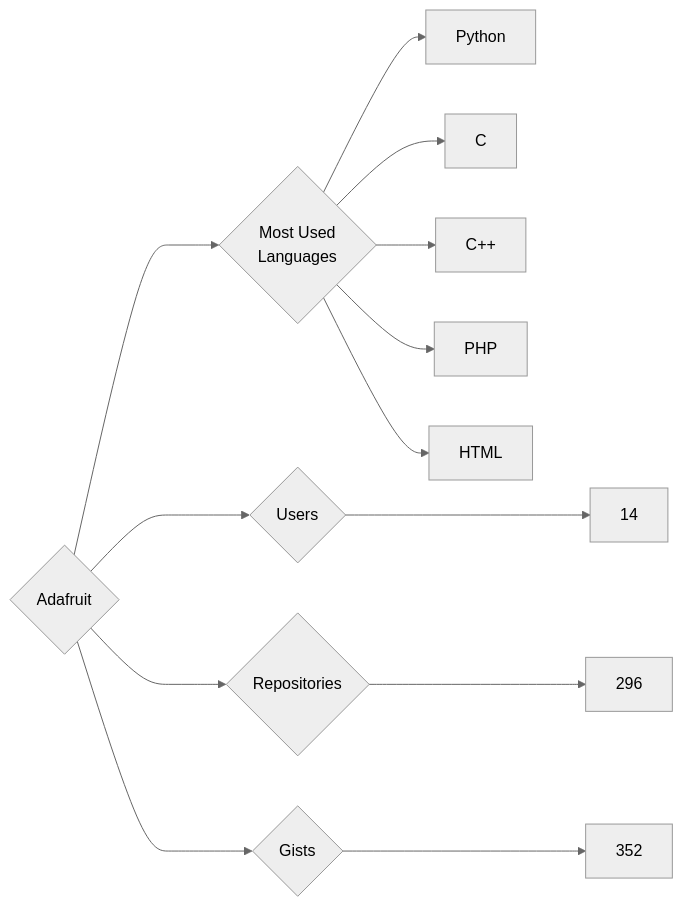
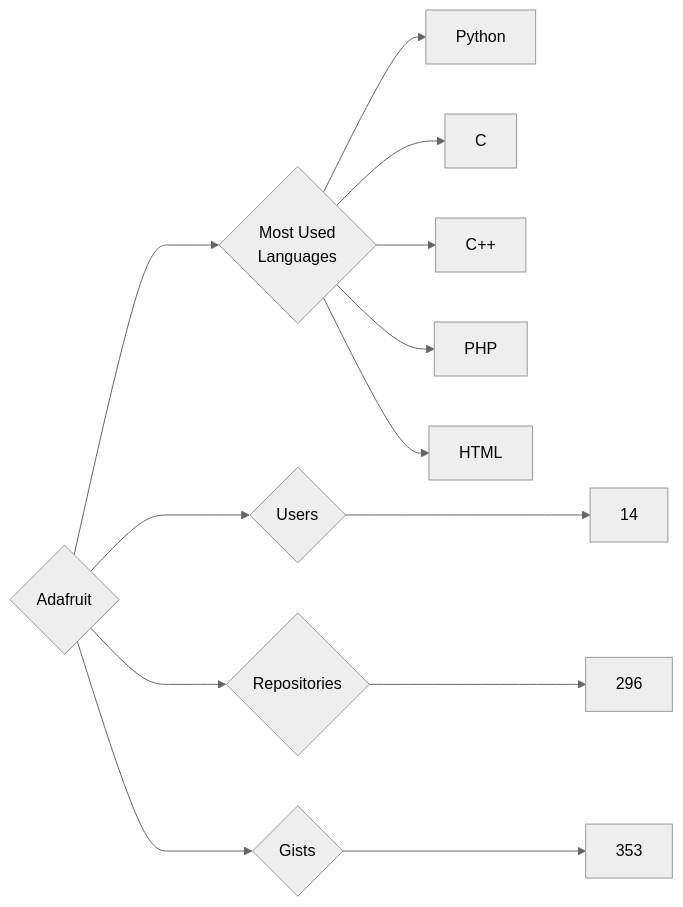
Before and after one commit to trickest/insiders: the diagram in targets/Adafruit/README.md, drawn with Mermaid (neutral theme). The commit also changed 745 other files, not shown here.

````diff
--- a/targets/Adafruit/README.md
+++ b/targets/Adafruit/README.md
@@ -3,13 +3,13 @@
 ```mermaid
 graph LR
 COMPANY_NAME{Adafruit}
 COMPANY_NAME ---> U{Users} ---> UN[14]
 COMPANY_NAME ---> R{Repositories} ---> RN[296]
-COMPANY_NAME ---> G{Gists} ---> GN[352]
+COMPANY_NAME ---> G{Gists} ---> GN[353]
 COMPANY_NAME ---> ML{Most Used<br>Languages}
 ML --> Python[Python]
 ML --> C[C]
 ML --> C++[C++]
 ML --> PHP[PHP]
 ML --> HTML[HTML]
 ```
````
